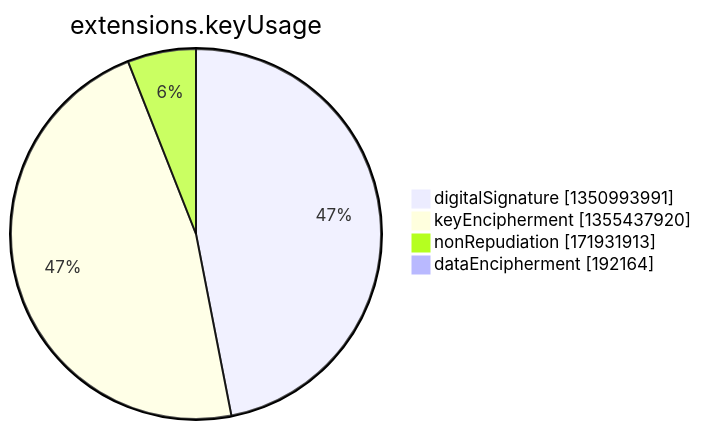
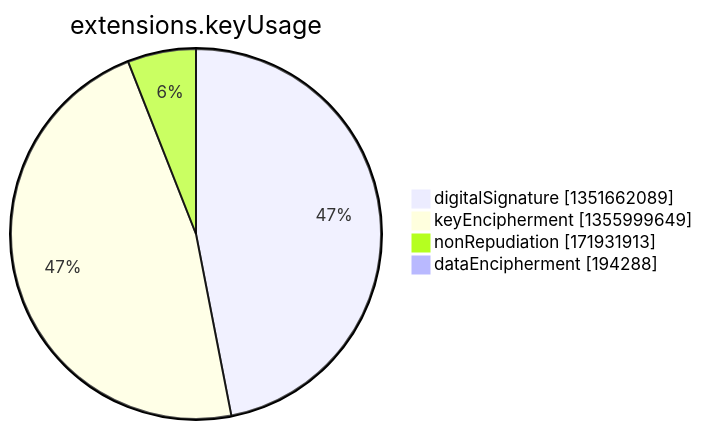
One commit to christiankrug/ctmonitor_visualization changed the seventh of 15 diagrams in argon2022/README.md. Above: the diagram before and after it, drawn with Mermaid. The commit also changed other lines of this file, not shown here.

````diff
--- a/argon2022/README.md
+++ b/argon2022/README.md
@@ -2750,8 +2750,8 @@
 ```mermaid
 pie showData
 title extensions.keyUsage
-"digitalSignature" :1350993991
-"keyEncipherment" :1355437920
+"digitalSignature" :1351662089
+"keyEncipherment" :1355999649
 "nonRepudiation" :171931913
-"dataEncipherment" :192164
+"dataEncipherment" :194288
 ```
````
